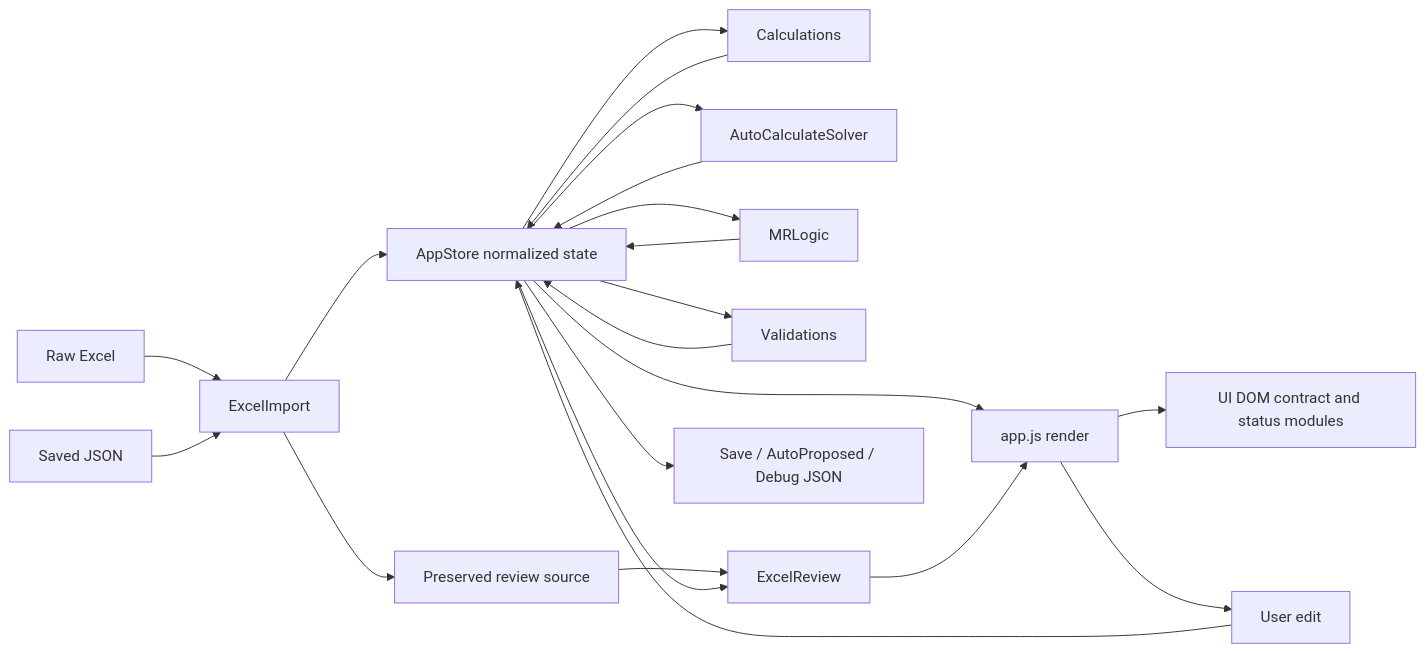
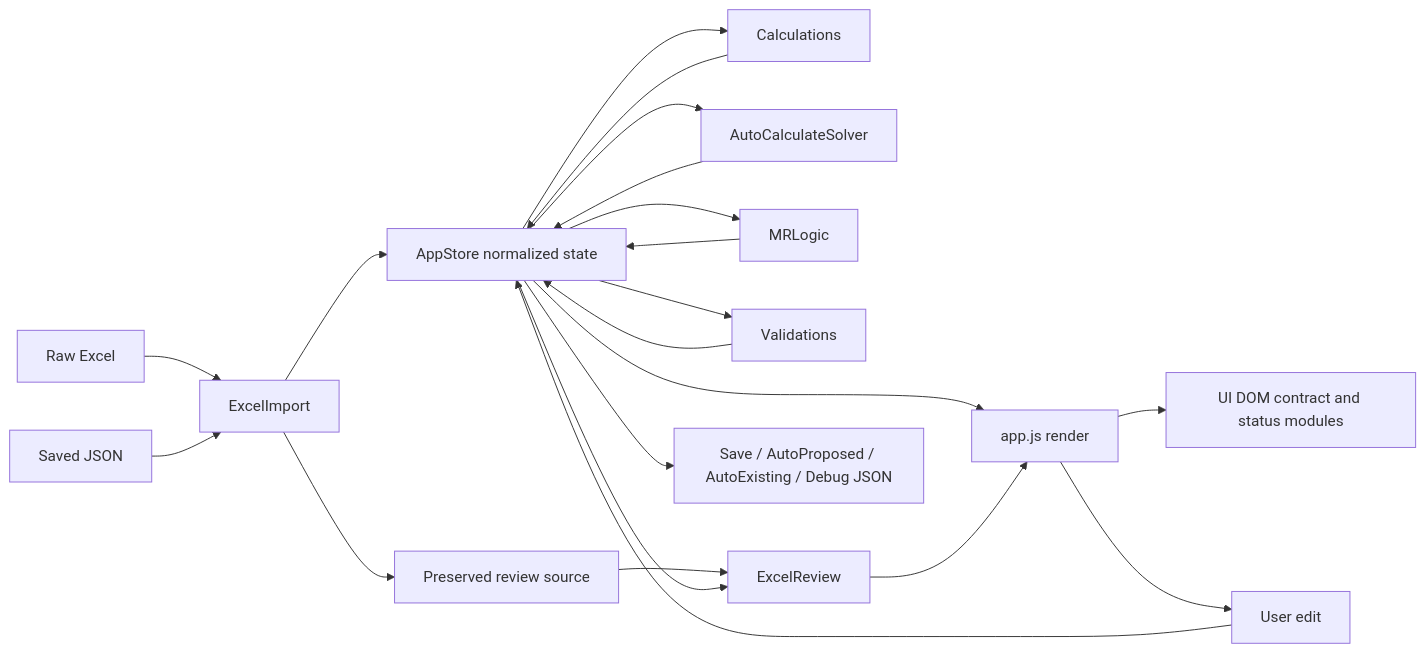
The diagram in docs/ARCHITECTURE.md (MerinoELuis/Pole-Calculator), drawn with Mermaid before and after one commit. The commit also changed other lines of this file and 20 other files, not shown here.

````diff
--- a/docs/ARCHITECTURE.md
+++ b/docs/ARCHITECTURE.md
@@ -119,23 +127,23 @@
 ```mermaid
 flowchart LR
     A[Raw Excel] --> B[ExcelImport]
     J[Saved JSON] --> B
     B --> C[AppStore normalized state]
     B --> R[Preserved review source]
     C --> D[Calculations]
     D --> C
     C --> S[AutoCalculateSolver]
     S --> C
     C --> E[MRLogic]
     E --> C
     C --> F[Validations]
     F --> C
     C --> G[app.js render]
     G --> U[UI DOM contract and status modules]
     R --> X[ExcelReview]
     C --> X
     X --> G
     G --> H[User edit]
     H --> C
-    C --> I[Save / AutoProposed / Debug JSON]
+    C --> I[Save / AutoProposed / AutoExisting / Debug JSON]
 ```
````
